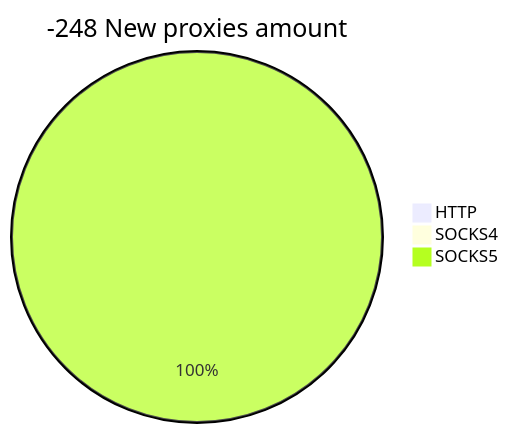
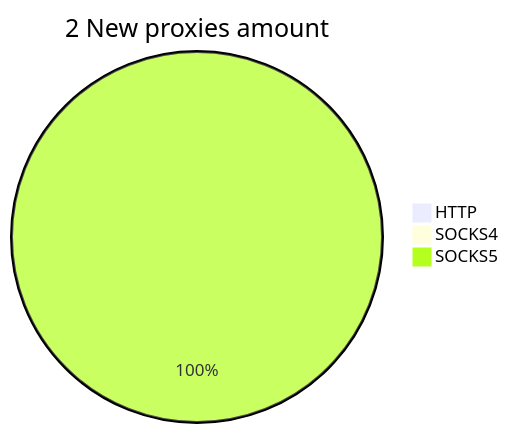
The second of 2 diagrams in README.md (cutipu/proxylist), drawn with Mermaid before and after one commit. The commit also changed other lines of this file, not shown here.

````diff
--- a/README.md
+++ b/README.md
@@ -10,6 +10,6 @@
 ```mermaid
-pie title -248 New proxies amount
+pie title 2 New proxies amount
     "HTTP" : 0
     "SOCKS4" : 0
-    "SOCKS5" : 1
+    "SOCKS5" : 5
 ```
````
